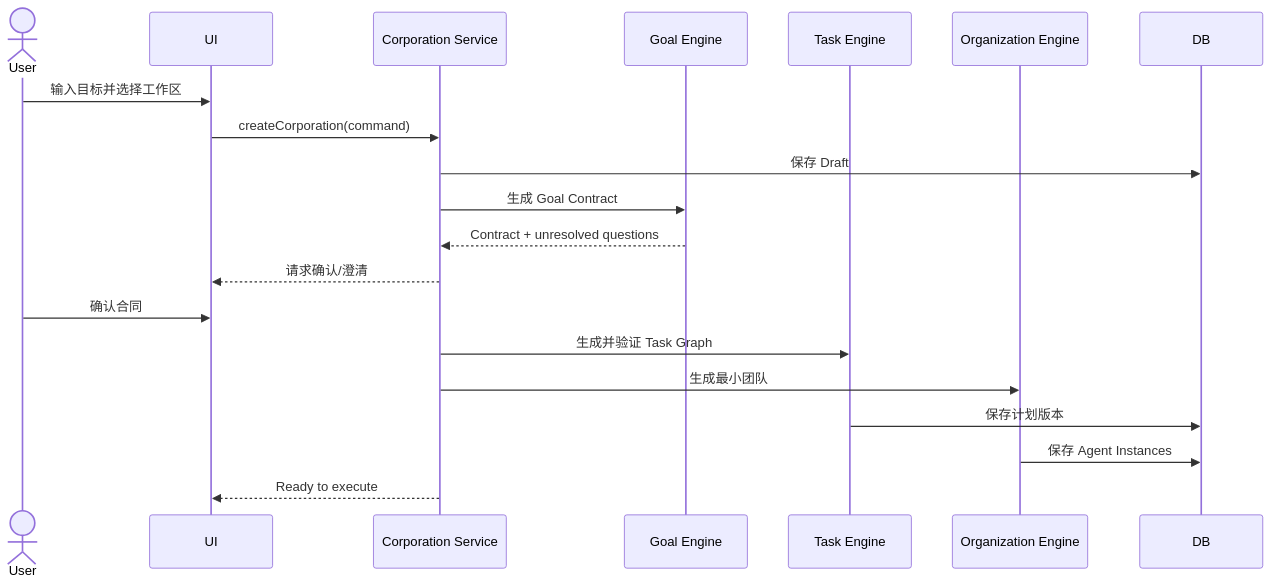
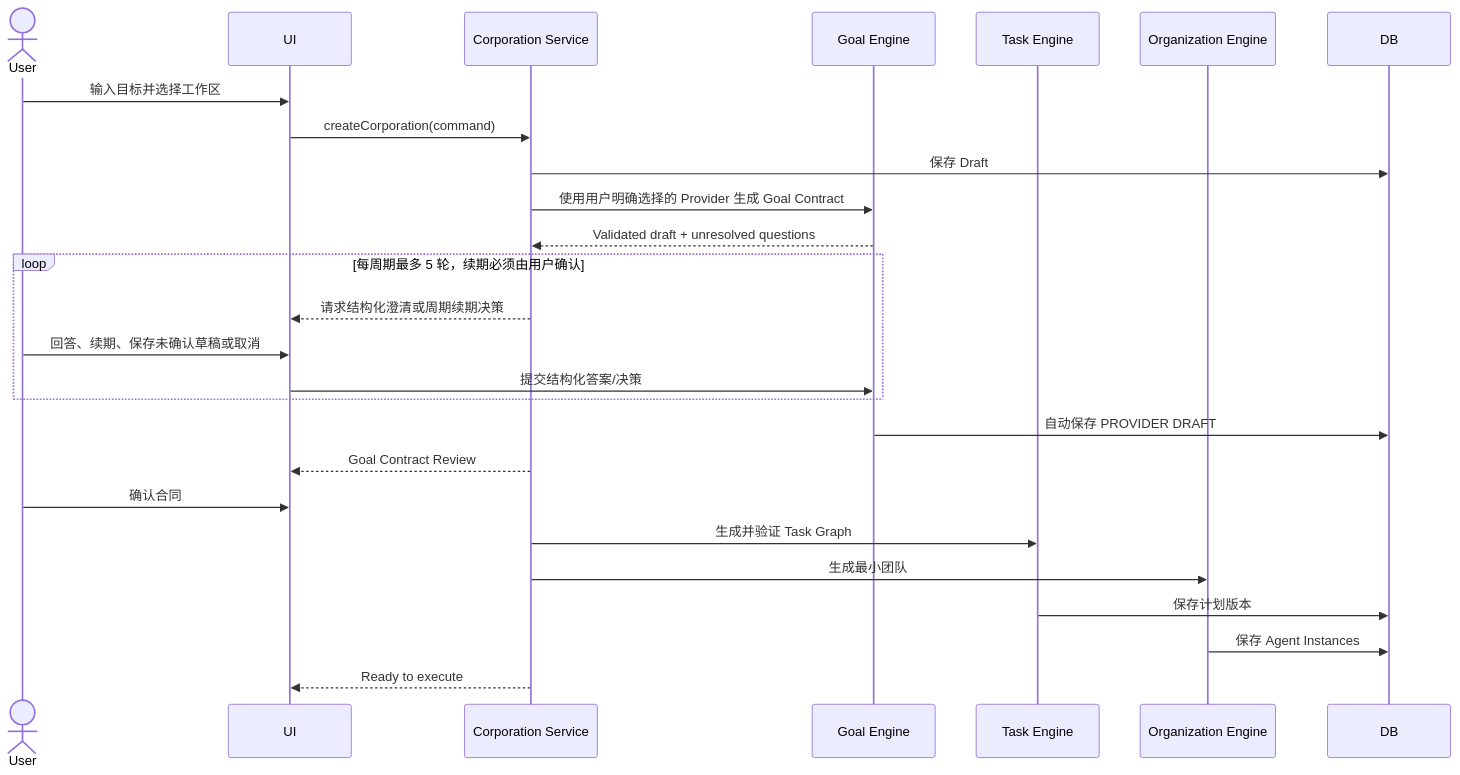
One commit to banyueban/ai-corporation changed the second of 3 diagrams in docs/02-architecture/Technical-Design.md. Above: the diagram before and after it, drawn with Mermaid. The commit also changed other lines of this file and 12 other files, not shown here.

Commit message:
docs: define bounded Goal Engine flow

````diff
--- a/docs/02-architecture/Technical-Design.md
+++ b/docs/02-architecture/Technical-Design.md
@@ -204,23 +204,29 @@
 ```mermaid
 sequenceDiagram
     actor U as User
     participant UI
     participant C as Corporation Service
     participant G as Goal Engine
     participant T as Task Engine
     participant O as Organization Engine
     participant DB
 
     U->>UI: 输入目标并选择工作区
     UI->>C: createCorporation(command)
     C->>DB: 保存 Draft
-    C->>G: 生成 Goal Contract
-    G-->>C: Contract + unresolved questions
-    C-->>UI: 请求确认/澄清
+    C->>G: 使用用户明确选择的 Provider 生成 Goal Contract
+    G-->>C: Validated draft + unresolved questions
+    loop 每周期最多 5 轮，续期必须由用户确认
+        C-->>UI: 请求结构化澄清或周期续期决策
+        U->>UI: 回答、续期、保存未确认草稿或取消
+        UI->>G: 提交结构化答案/决策
+    end
+    G->>DB: 自动保存 PROVIDER DRAFT
+    C-->>UI: Goal Contract Review
     U->>UI: 确认合同
     C->>T: 生成并验证 Task Graph
     C->>O: 生成最小团队
     T->>DB: 保存计划版本
     O->>DB: 保存 Agent Instances
     C-->>UI: Ready to execute
 ```
````
